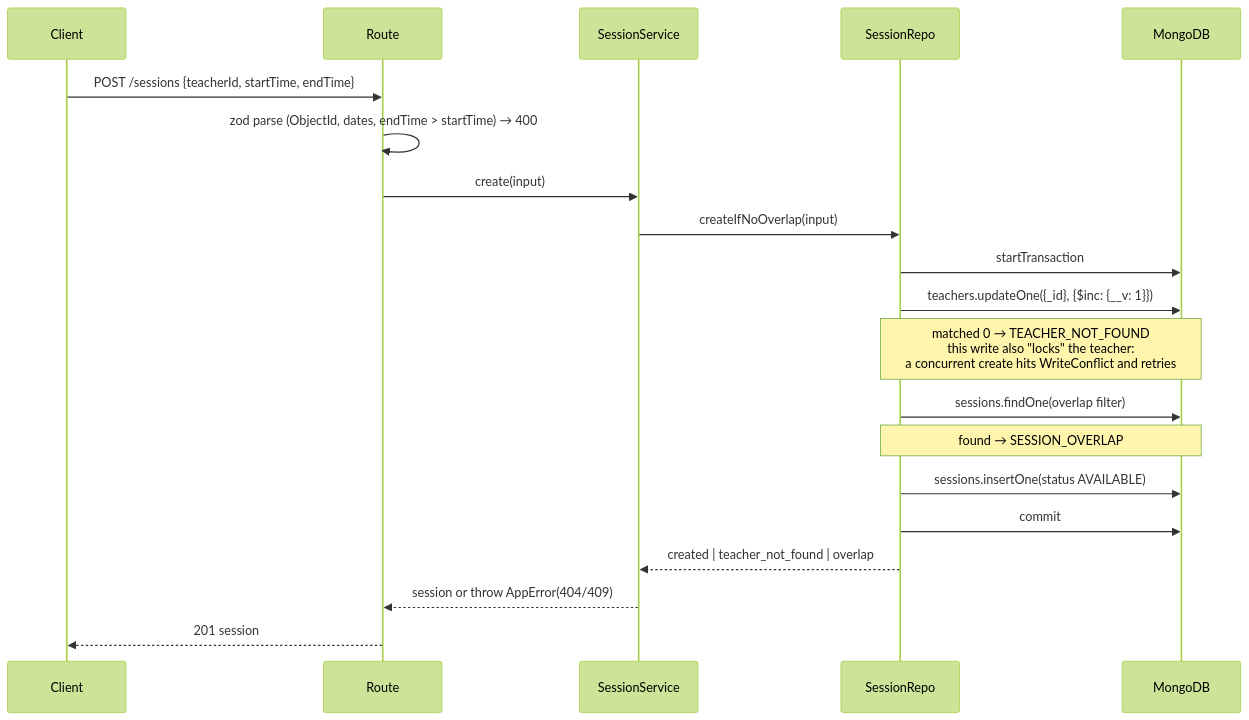
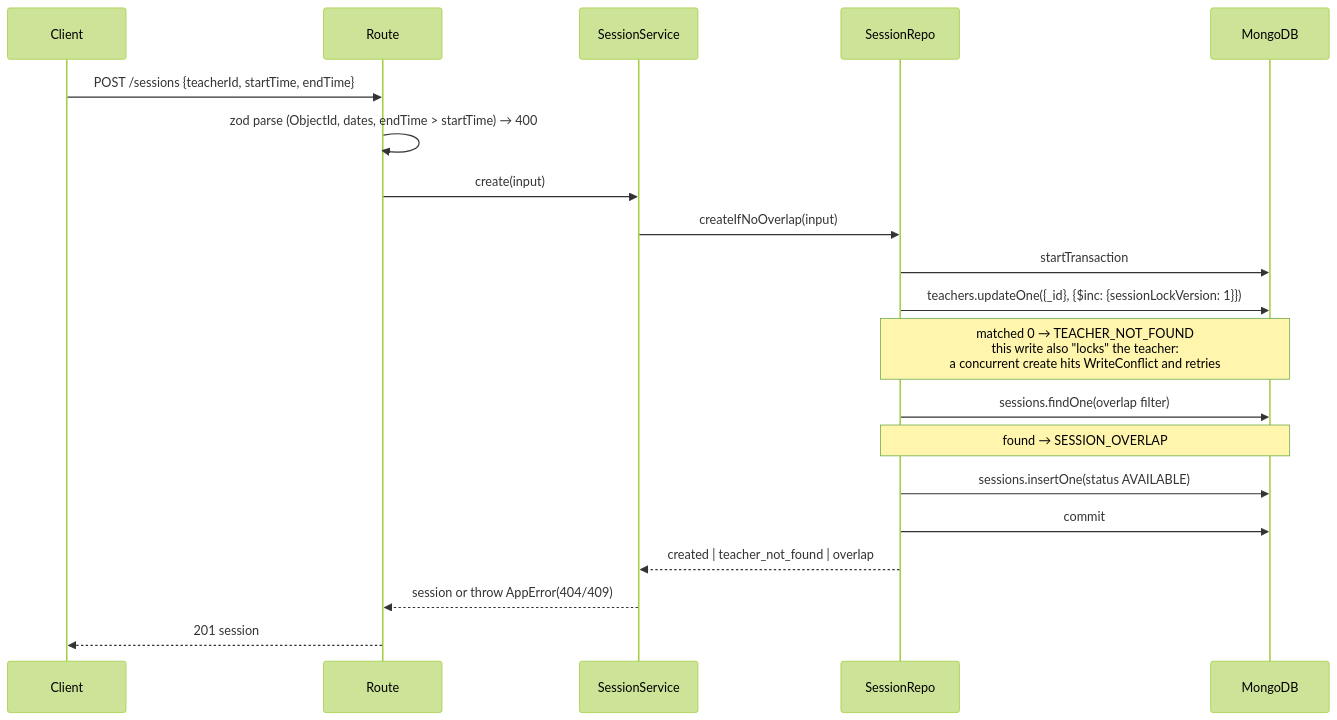
Before and after one commit to Shailesh-Kala/englishyaari-assessment: the second of 3 diagrams in docs/ARCHITECTURE.md, drawn with Mermaid (forest theme). The commit also changed other lines of this file and 2 other files, not shown here.

Commit message:
docs: log D-023 lock field and D-024 startup indexes

````diff
--- a/docs/ARCHITECTURE.md
+++ b/docs/ARCHITECTURE.md
@@ -43,23 +43,23 @@
 ```mermaid
 sequenceDiagram
     participant C as Client
     participant Ctl as Route
     participant Svc as SessionService
     participant Rep as SessionRepo
     participant DB as MongoDB
 
     C->>Ctl: POST /sessions {teacherId, startTime, endTime}
     Ctl->>Ctl: zod parse (ObjectId, dates, endTime > startTime) → 400
     Ctl->>Svc: create(input)
     Svc->>Rep: createIfNoOverlap(input)
     Rep->>DB: startTransaction
-    Rep->>DB: teachers.updateOne({_id}, {$inc: {__v: 1}})
+    Rep->>DB: teachers.updateOne({_id}, {$inc: {sessionLockVersion: 1}})
     Note over Rep,DB: matched 0 → TEACHER_NOT_FOUND<br/>this write also "locks" the teacher:<br/>a concurrent create hits WriteConflict and retries
     Rep->>DB: sessions.findOne(overlap filter)
     Note over Rep,DB: found → SESSION_OVERLAP
     Rep->>DB: sessions.insertOne(status AVAILABLE)
     Rep->>DB: commit
     Rep-->>Svc: created | teacher_not_found | overlap
     Svc-->>Ctl: session or throw AppError(404/409)
     Ctl-->>C: 201 session
 ```
````
